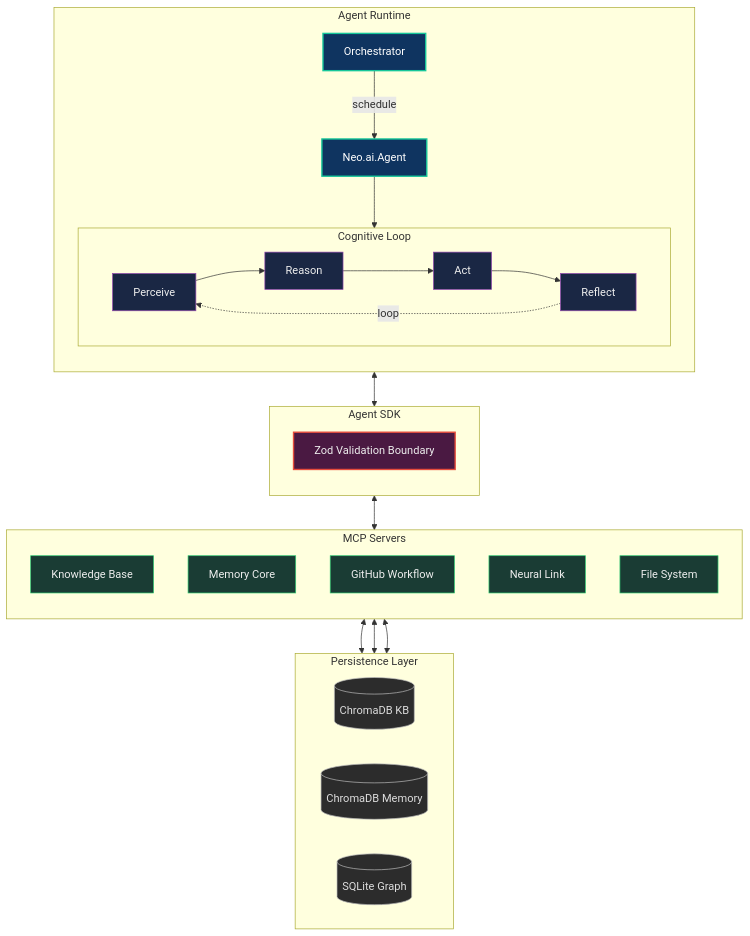
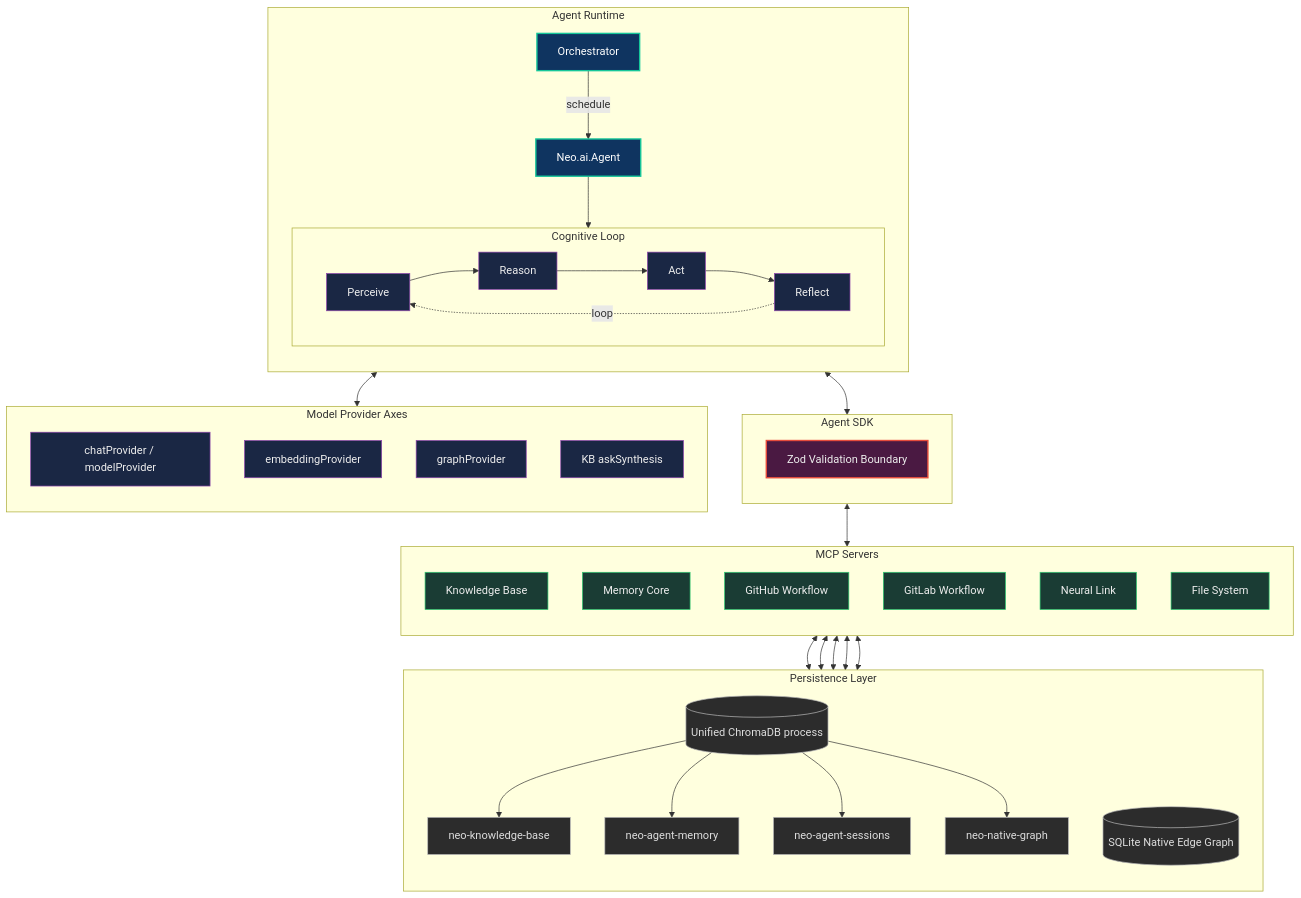
Before and after one commit to neomjs/neo: the third of 6 diagrams in learn/benefits/ArchitectureOverview.md, drawn with Mermaid. The commit also changed other lines of this file, not shown here.

Commit message:
docs(benefits): refresh architecture overview map (#14315)

````diff
--- a/learn/benefits/ArchitectureOverview.md
+++ b/learn/benefits/ArchitectureOverview.md
@@ -112,58 +127,78 @@
 ```mermaid
 flowchart TD
     classDef frontier fill:#0f3460,stroke:#16c79a,stroke-width:2px,color:#fff
     classDef mcp fill:#1a3c34,stroke:#2ecc71,stroke-width:1px,color:#eee
     classDef db fill:#2c2c2c,stroke:#bbb,stroke-width:1px,color:#ddd
     classDef sdk fill:#4a1942,stroke:#e74c3c,stroke-width:2px,color:#eee
     classDef agent fill:#1a2744,stroke:#8e44ad,stroke-width:1px,color:#eee
 
     subgraph AgentRuntime["Agent Runtime"]
         direction TB
         Orchestrator["Orchestrator"]:::frontier
         Agent["Neo.ai.Agent"]:::frontier
 
         Orchestrator -->|"schedule"| Agent
 
         subgraph CognitiveLoop["Cognitive Loop"]
             direction LR
             Perceive["Perceive"]:::agent
             Reason["Reason"]:::agent
             Act["Act"]:::agent
             Reflect["Reflect"]:::agent
 
             Perceive --> Reason --> Act --> Reflect
             Reflect -.->|"loop"| Perceive
         end
 
         Agent --> CognitiveLoop
     end
 
     subgraph SDKLayer["Agent SDK"]
         direction TB
         Zod["Zod Validation Boundary"]:::sdk
     end
 
     CognitiveLoop <--> SDKLayer
 
     subgraph MCPServers["MCP Servers"]
         direction TB
         KB["Knowledge Base"]:::mcp
         Mem["Memory Core"]:::mcp
         GH["GitHub Workflow"]:::mcp
+        GL["GitLab Workflow"]:::mcp
         NL["Neural Link"]:::mcp
         FS["File System"]:::mcp
     end
 
     SDKLayer <--> MCPServers
 
-    subgraph Storage["Persistence Layer"]
-        direction LR
-        ChromaKB[("ChromaDB KB")]:::db
-        ChromaMem[("ChromaDB Memory")]:::db
-        SQLite[("SQLite Graph")]:::db
+    subgraph Models["Model Provider Axes"]
+        direction TB
+        Chat["chatProvider / modelProvider"]:::agent
+        Embed["embeddingProvider"]:::agent
+        GraphGen["graphProvider"]:::agent
+        Ask["KB askSynthesis"]:::agent
     end
 
-    KB <--> ChromaKB
-    Mem <--> ChromaMem
+    CognitiveLoop <--> Models
+
+    subgraph Storage["Persistence Layer"]
+        direction TB
+        Chroma[("Unified ChromaDB process")]:::db
+        KBCollection["neo-knowledge-base"]:::db
+        MemoryCollection["neo-agent-memory"]:::db
+        SessionCollection["neo-agent-sessions"]:::db
+        GraphCollection["neo-native-graph"]:::db
+        SQLite[("SQLite Native Edge Graph")]:::db
+    end
+
+    Chroma --> KBCollection
+    Chroma --> MemoryCollection
+    Chroma --> SessionCollection
+    Chroma --> GraphCollection
+    KB <--> KBCollection
+    Mem <--> MemoryCollection
+    Mem <--> SessionCollection
+    Mem <--> GraphCollection
     Mem <--> SQLite
 ```
````
